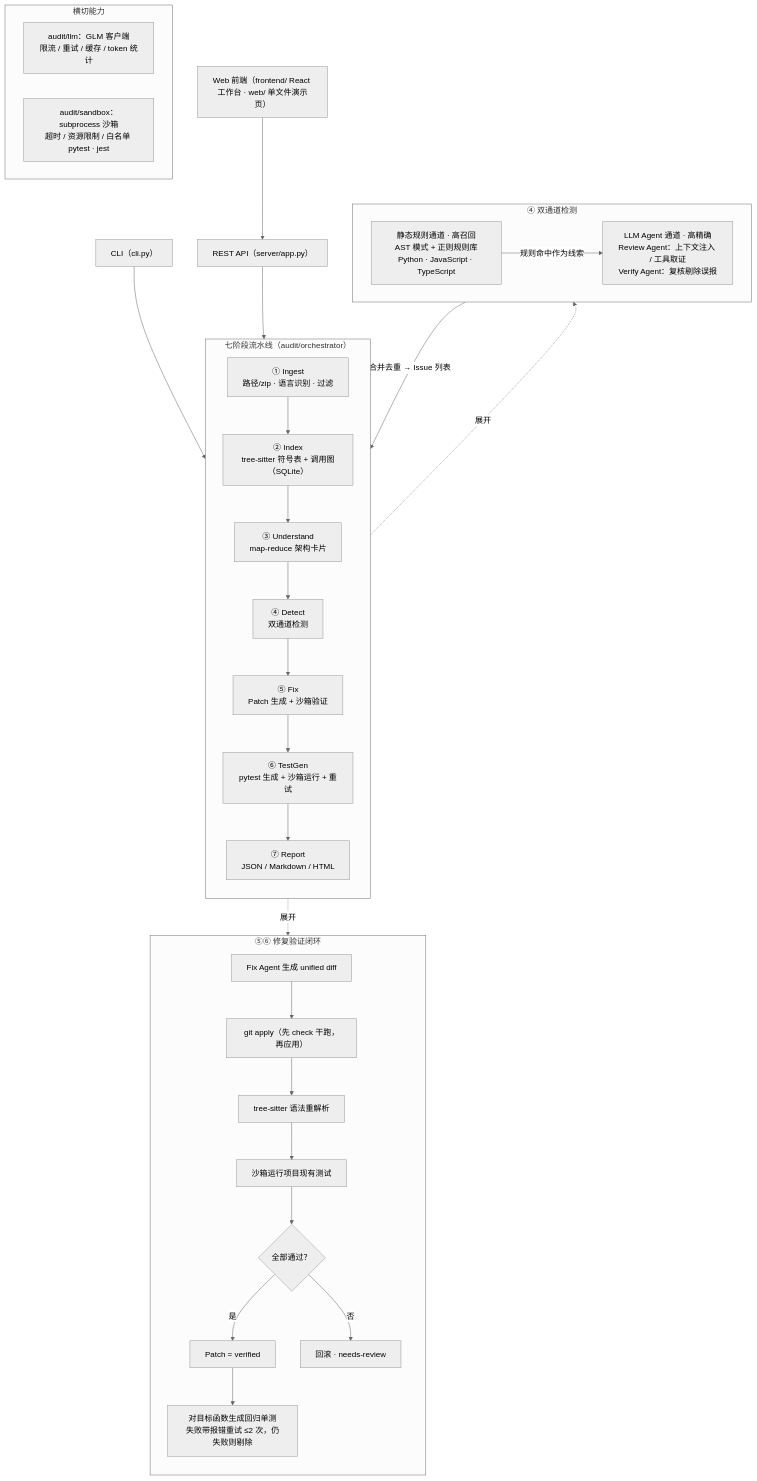
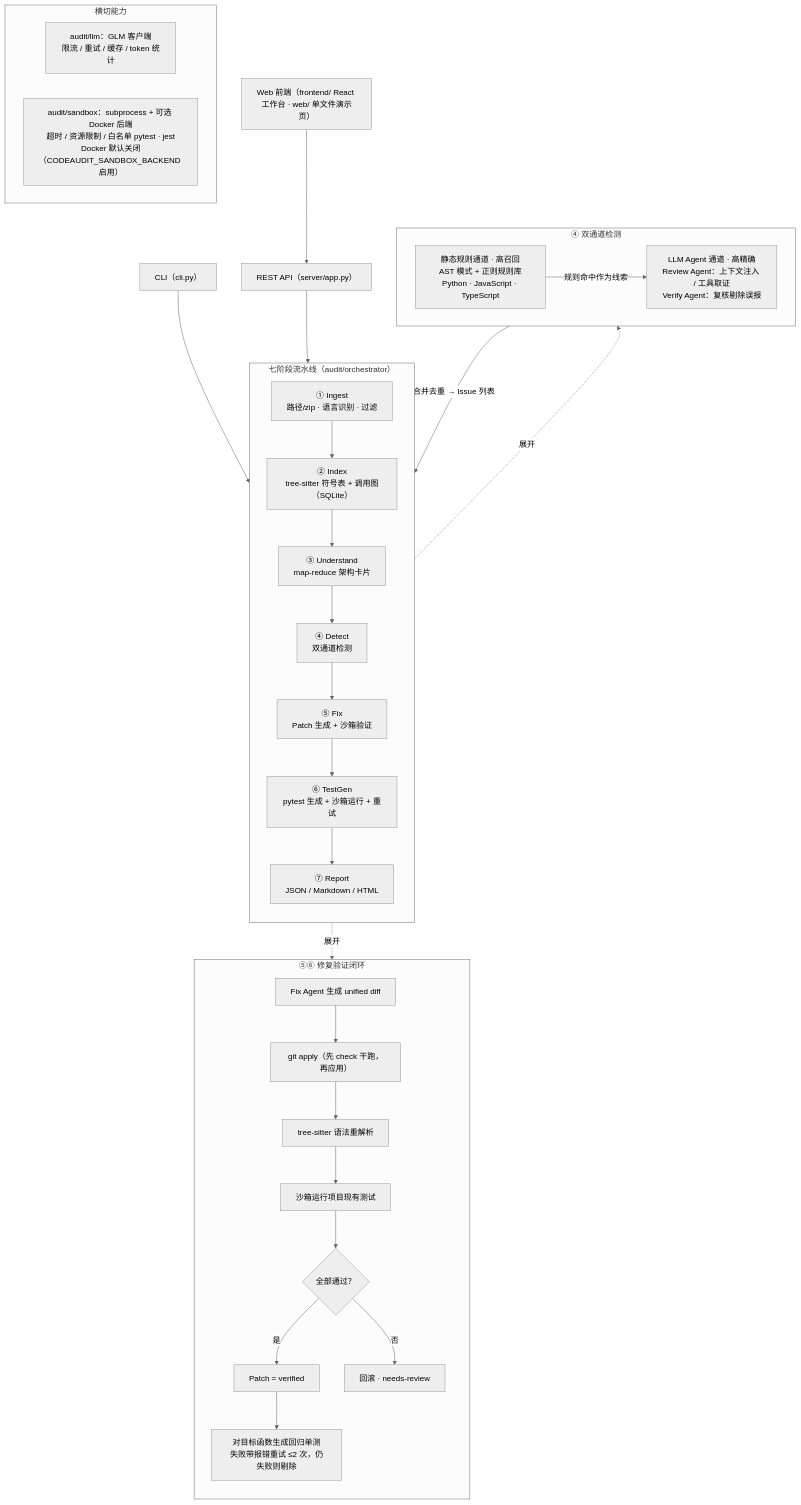
One commit to mingkiiiiing/codeaudit-agent changed the diagram in README.md. Above: the diagram before and after it, drawn with Mermaid (neutral theme). The commit also changed other lines of this file and 210 other files, not shown here.

````diff
--- a/README.md
+++ b/README.md
@@ -36,43 +37,43 @@
 ```mermaid
 flowchart TB
     CLI["CLI（cli.py）"] --> ORCH
     API["REST API（server/app.py）"] --> ORCH
     WEB["Web 前端（frontend/ React 工作台 · web/ 单文件演示页）"] --> API
 
     subgraph ORCH["七阶段流水线（audit/orchestrator）"]
         direction TB
         S1["① Ingest<br/>路径/zip · 语言识别 · 过滤"] --> S2["② Index<br/>tree-sitter 符号表 + 调用图（SQLite）"]
         S2 --> S3["③ Understand<br/>map-reduce 架构卡片"]
         S3 --> S4["④ Detect<br/>双通道检测"]
         S4 --> S5["⑤ Fix<br/>Patch 生成 + 沙箱验证"]
         S5 --> S6["⑥ TestGen<br/>pytest 生成 + 沙箱运行 + 重试"]
         S6 --> S7["⑦ Report<br/>JSON / Markdown / HTML"]
     end
 
     subgraph DUAL["④ 双通道检测"]
         direction LR
         RULE["静态规则通道 · 高召回<br/>AST 模式 + 正则规则库<br/>Python · JavaScript · TypeScript"]
         LLMS["LLM Agent 通道 · 高精确<br/>Review Agent：上下文注入 / 工具取证<br/>Verify Agent：复核剔除误报"]
         RULE -- "规则命中作为线索" --> LLMS
     end
     S4 -. 展开 .-> DUAL
     LLMS -- "合并去重 → Issue 列表" --> S5
 
     subgraph LOOP["⑤⑥ 修复验证闭环"]
         direction TB
         GEN["Fix Agent 生成 unified diff"] --> CHK["git apply（先 check 干跑，再应用）"]
         CHK --> SYN["tree-sitter 语法重解析"]
         SYN --> RUN["沙箱运行项目现有测试"]
         RUN --> PASS{"全部通过？"}
         PASS -- "是" --> VER["Patch = verified"]
         PASS -- "否" --> RB["回滚 · needs-review"]
         VER --> TG["对目标函数生成回归单测<br/>失败带报错重试 ≤2 次，仍失败则剔除"]
     end
     S5 -. 展开 .-> LOOP
 
     subgraph CROSS["横切能力"]
         direction LR
         X1["audit/llm：GLM 客户端<br/>限流 / 重试 / 缓存 / token 统计"]
-        X2["audit/sandbox：subprocess 沙箱<br/>超时 / 资源限制 / 白名单 pytest · jest"]
+        X2["audit/sandbox：subprocess + 可选 Docker 后端<br/>超时 / 资源限制 / 白名单 pytest · jest<br/>Docker 默认关闭（CODEAUDIT_SANDBOX_BACKEND 启用）"]
     end
 ```
````
